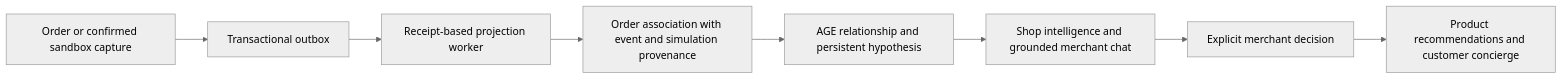
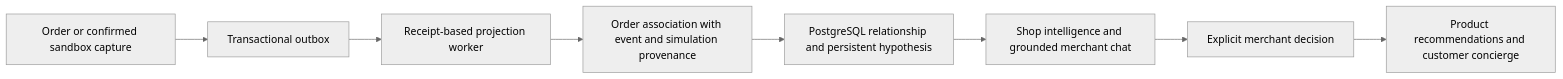
Before and after one commit to sthamann/rust-ai-commerce: the diagram in docs/intelligence-apps-payments.md, drawn with Mermaid (neutral theme). The commit also changed other lines of this file and 93 other files, not shown here.

````diff
--- a/docs/intelligence-apps-payments.md
+++ b/docs/intelligence-apps-payments.md
@@ -7,10 +7,10 @@
 ```mermaid
 flowchart LR
   Order[Order or confirmed sandbox capture] --> Event[Transactional outbox]
   Event --> Worker[Receipt-based projection worker]
   Worker --> Evidence[Order association with event and simulation provenance]
-  Evidence --> Graph[AGE relationship and persistent hypothesis]
+  Evidence --> Graph[PostgreSQL relationship and persistent hypothesis]
   Graph --> Merchant[Shop intelligence and grounded merchant chat]
   Merchant --> Review[Explicit merchant decision]
   Review --> Public[Product recommendations and customer concierge]
 ```
````
